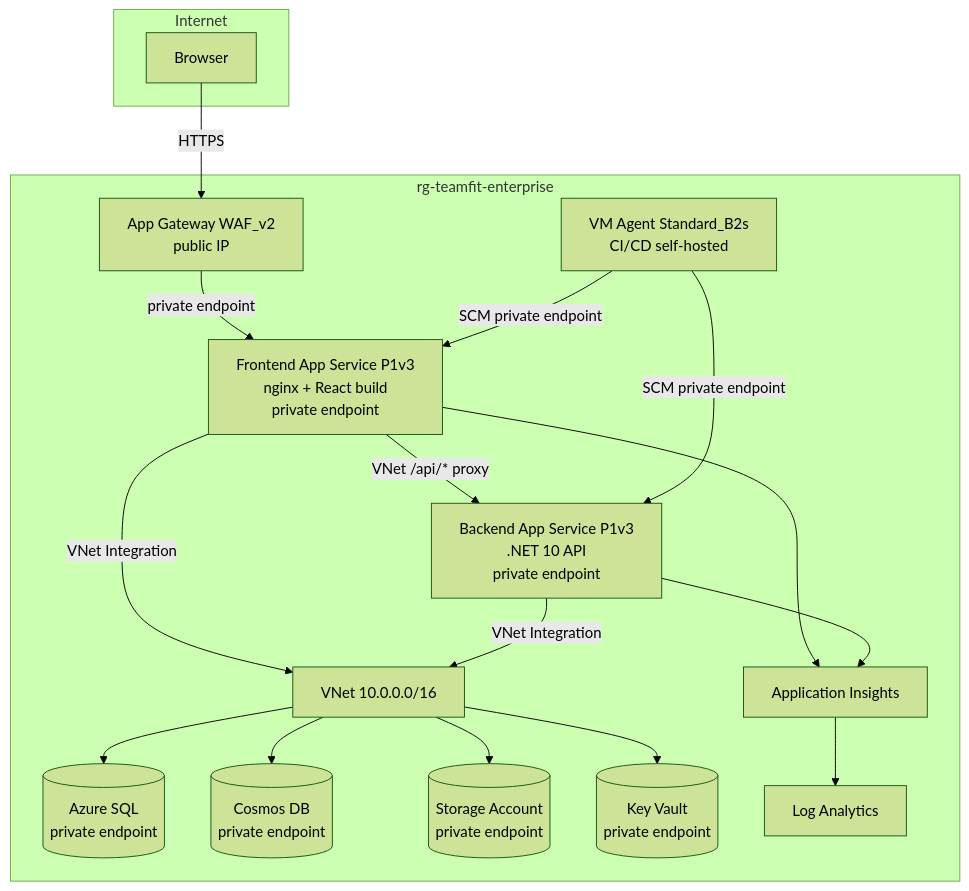
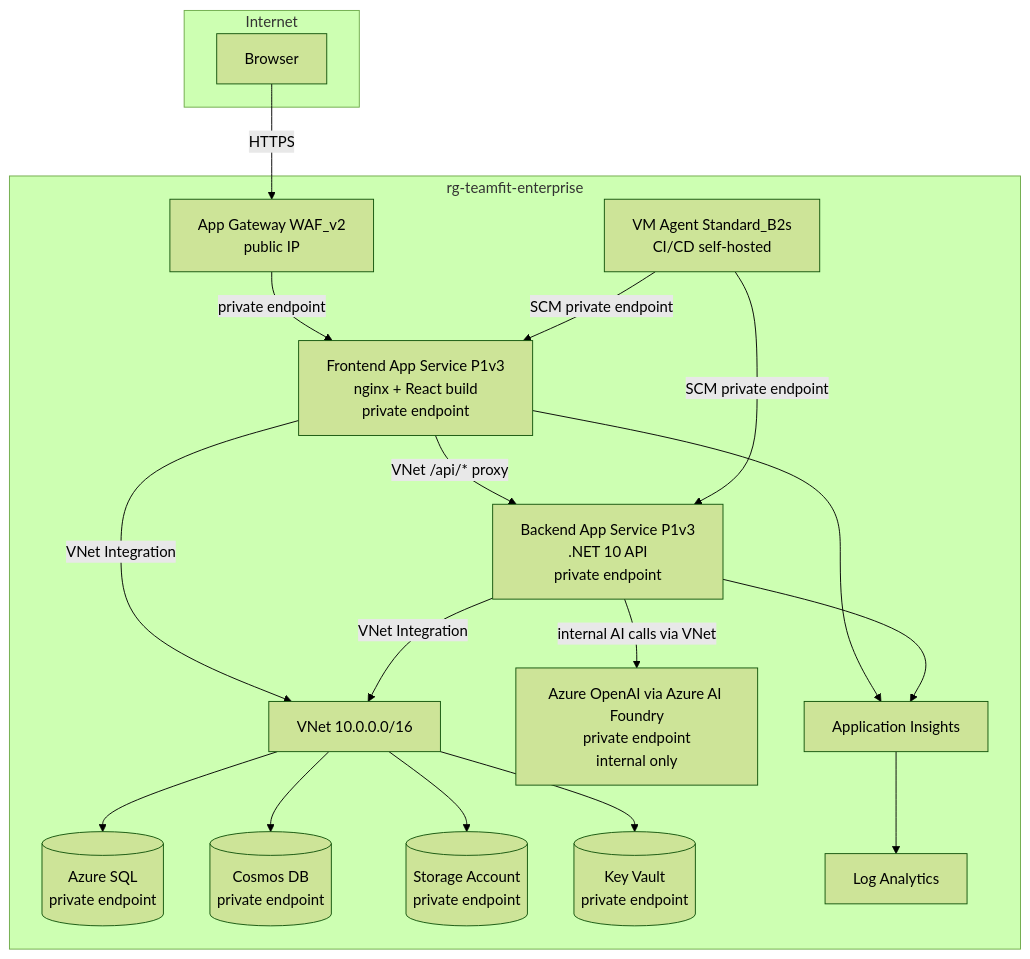
One commit to stefanopetriagic/TeamFit changed the seventh of 7 diagrams in docs/architecture.md. Above: the diagram before and after it, drawn with Mermaid (forest theme). The commit also changed other lines of this file and 25 other files, not shown here.

````diff
--- a/docs/architecture.md
+++ b/docs/architecture.md
@@ -138,35 +140,37 @@
 ```mermaid
 flowchart TB
   subgraph Internet
     User[Browser]
   end
 
   subgraph RG[rg-teamfit-enterprise]
     AGW[App Gateway WAF_v2\npublic IP]
     FE[Frontend App Service P1v3\nnginx + React build\nprivate endpoint]
     BE[Backend App Service P1v3\n.NET 10 API\nprivate endpoint]
     VM[VM Agent Standard_B2s\nCI/CD self-hosted]
     VNet[VNet 10.0.0.0/16]
     SQL[(Azure SQL\nprivate endpoint)]
     Cosmos[(Cosmos DB\nprivate endpoint)]
     ST[(Storage Account\nprivate endpoint)]
     KV[(Key Vault\nprivate endpoint)]
+    AOAI[Azure OpenAI via Azure AI Foundry\nprivate endpoint\ninternal only]
     LAW[Log Analytics]
     APPI[Application Insights]
   end
 
   User -->|HTTPS| AGW
   AGW -->|private endpoint| FE
   FE -->|VNet /api/* proxy| BE
   FE -->|VNet Integration| VNet
   BE -->|VNet Integration| VNet
   VM -->|SCM private endpoint| FE
   VM -->|SCM private endpoint| BE
   VNet --> SQL
   VNet --> Cosmos
   VNet --> ST
   VNet --> KV
+  BE -->|internal AI calls via VNet| AOAI
   FE --> APPI
   BE --> APPI
   APPI --> LAW
 ```
````
